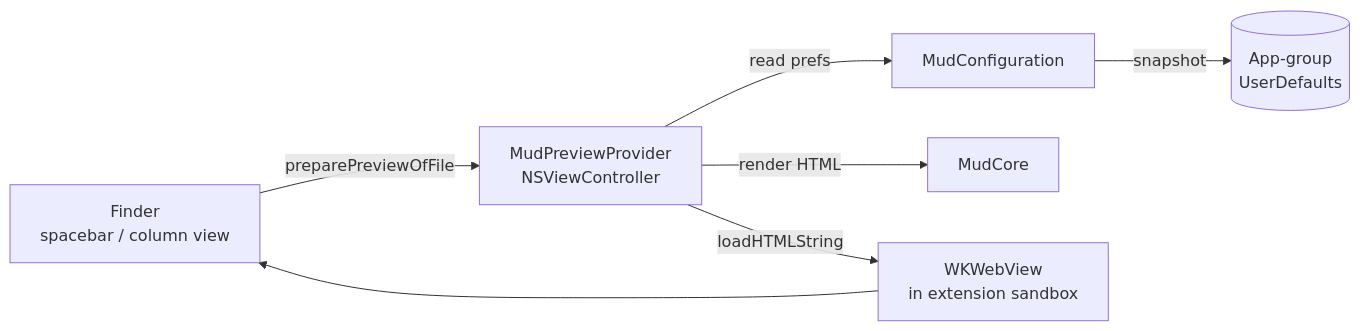
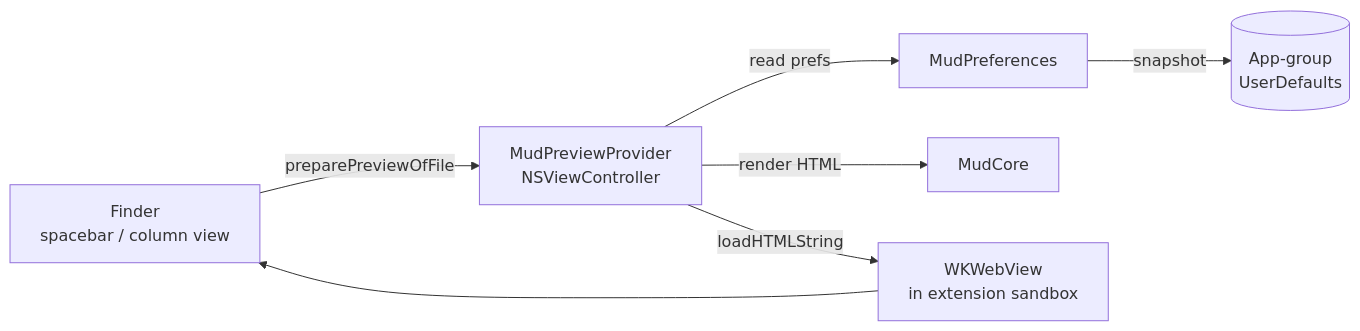
One commit to DaveKT/mud changed the diagram in Doc/Plans/Archive/2026-04-quicklook-extension.md. Above: the diagram before and after it, drawn with Mermaid. The commit also changed other lines of this file and 37 other files, not shown here.

First line of the commit message:
MudPreferences: rename module from MudConfiguration.

````diff
--- a/Doc/Plans/Archive/2026-04-quicklook-extension.md
+++ b/Doc/Plans/Archive/2026-04-quicklook-extension.md
@@ -63,16 +63,16 @@
 ```mermaid
 flowchart LR
     Finder[Finder<br/>spacebar / column view]
     Ext[MudPreviewProvider<br/>NSViewController]
     WebView[WKWebView<br/>in extension sandbox]
     Core[MudCore]
-    Config[MudConfiguration]
+    Config[MudPreferences]
     Suite[(App-group<br/>UserDefaults)]
 
     Finder -->|preparePreviewOfFile| Ext
     Ext -->|read prefs| Config
     Config -->|snapshot| Suite
     Ext -->|render HTML| Core
     Ext -->|loadHTMLString| WebView
     WebView --> Finder
 ```
````
